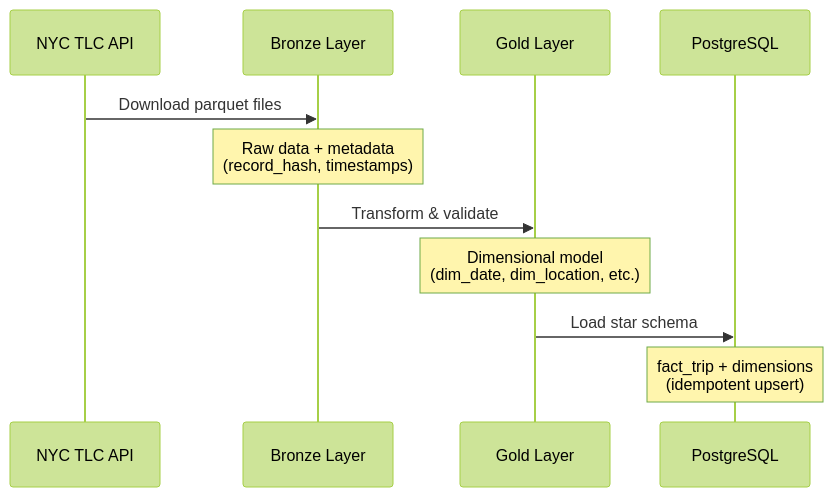
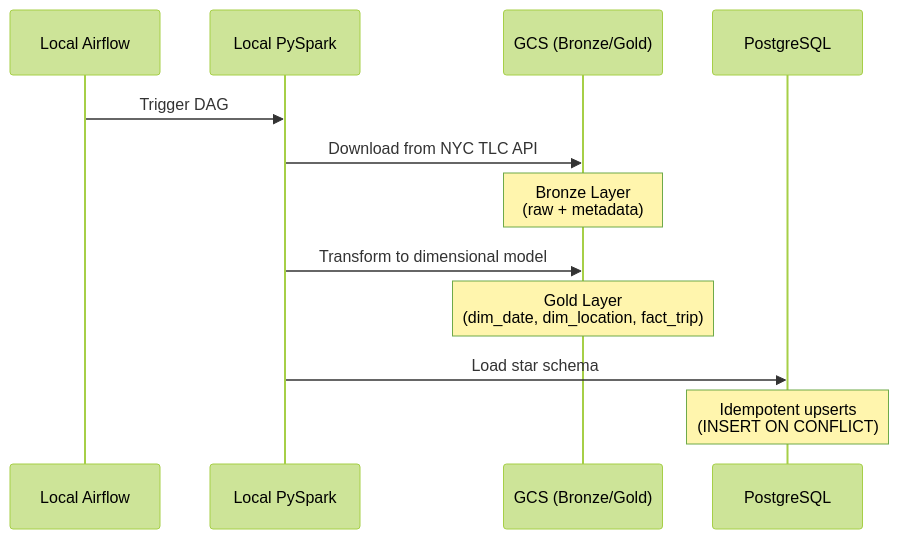
One commit to arturogonzalezm/nyc-taxi-etl changed the third of 6 diagrams in docs/1.ARCHITECTURE.md. Above: the diagram before and after it, drawn with Mermaid (forest theme). The commit also changed other lines of this file and 6 other files, not shown here.

````diff
--- a/docs/1.ARCHITECTURE.md
+++ b/docs/1.ARCHITECTURE.md
@@ -39,14 +86,15 @@
 ```mermaid
 sequenceDiagram
-    participant NYC as NYC TLC API
-    participant Bronze as Bronze Layer
-    participant Gold as Gold Layer
+    participant Airflow as Local Airflow
+    participant Spark as Local PySpark
+    participant GCS as GCS (Bronze/Gold)
     participant PG as PostgreSQL
 
-    NYC->>Bronze: Download parquet files
-    Note over Bronze: Raw data + metadata<br/>(record_hash, timestamps)
-    Bronze->>Gold: Transform & validate
-    Note over Gold: Dimensional model<br/>(dim_date, dim_location, etc.)
-    Gold->>PG: Load star schema
-    Note over PG: fact_trip + dimensions<br/>(idempotent upsert)
+    Airflow->>Spark: Trigger DAG
+    Spark->>GCS: Download from NYC TLC API
+    Note over GCS: Bronze Layer<br/>(raw + metadata)
+    Spark->>GCS: Transform to dimensional model
+    Note over GCS: Gold Layer<br/>(dim_date, dim_location, fact_trip)
+    Spark->>PG: Load star schema
+    Note over PG: Idempotent upserts<br/>(INSERT ON CONFLICT)
 ```
````
